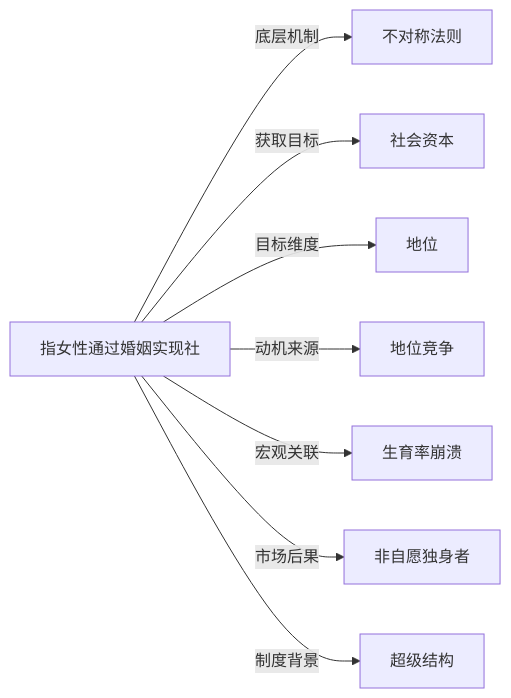
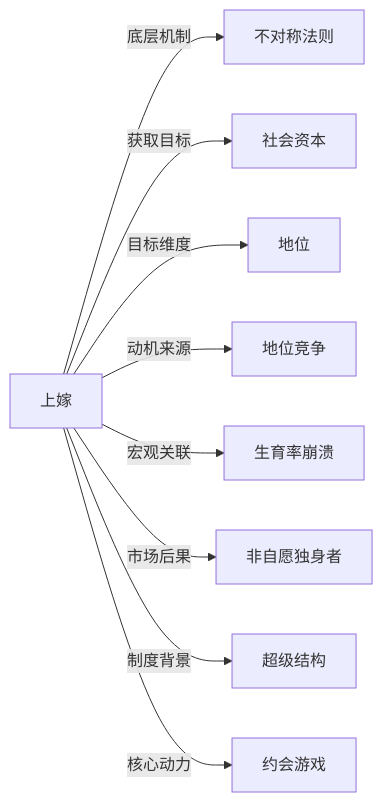
Before and after one commit to KIMMCHOW/MyKnowledge: the diagram in Knowledge/Concepts/社会学/上嫁.md, drawn with Mermaid. The commit also changed 96 other files, not shown here.

Commit message:
fix: 修复概念页关系图节点并补齐缺失关联

````diff
--- a/Knowledge/Concepts/社会学/上嫁.md
+++ b/Knowledge/Concepts/社会学/上嫁.md
@@ -49,10 +49,11 @@
 ```mermaid
 graph LR
-    指女性通过婚姻实现社 -->|底层机制| 不对称法则
-    指女性通过婚姻实现社 -->|获取目标| 社会资本
-    指女性通过婚姻实现社 -->|目标维度| 地位
-    指女性通过婚姻实现社 -->|动机来源| 地位竞争
-    指女性通过婚姻实现社 -->|宏观关联| 生育率崩溃
-    指女性通过婚姻实现社 -->|市场后果| 非自愿独身者
-    指女性通过婚姻实现社 -->|制度背景| 超级结构
+上嫁 -->|底层机制| 不对称法则
+上嫁 -->|获取目标| 社会资本
+上嫁 -->|目标维度| 地位
+上嫁 -->|动机来源| 地位竞争
+上嫁 -->|宏观关联| 生育率崩溃
+上嫁 -->|市场后果| 非自愿独身者
+上嫁 -->|制度背景| 超级结构
+上嫁 -->|核心动力| 约会游戏
 ```
````
